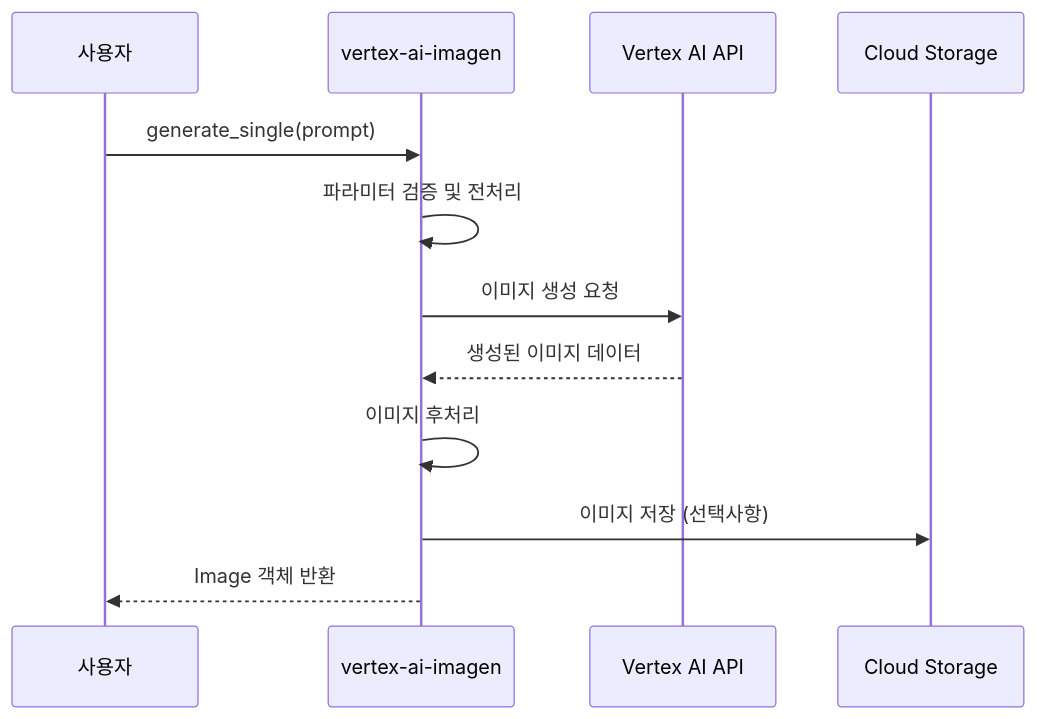
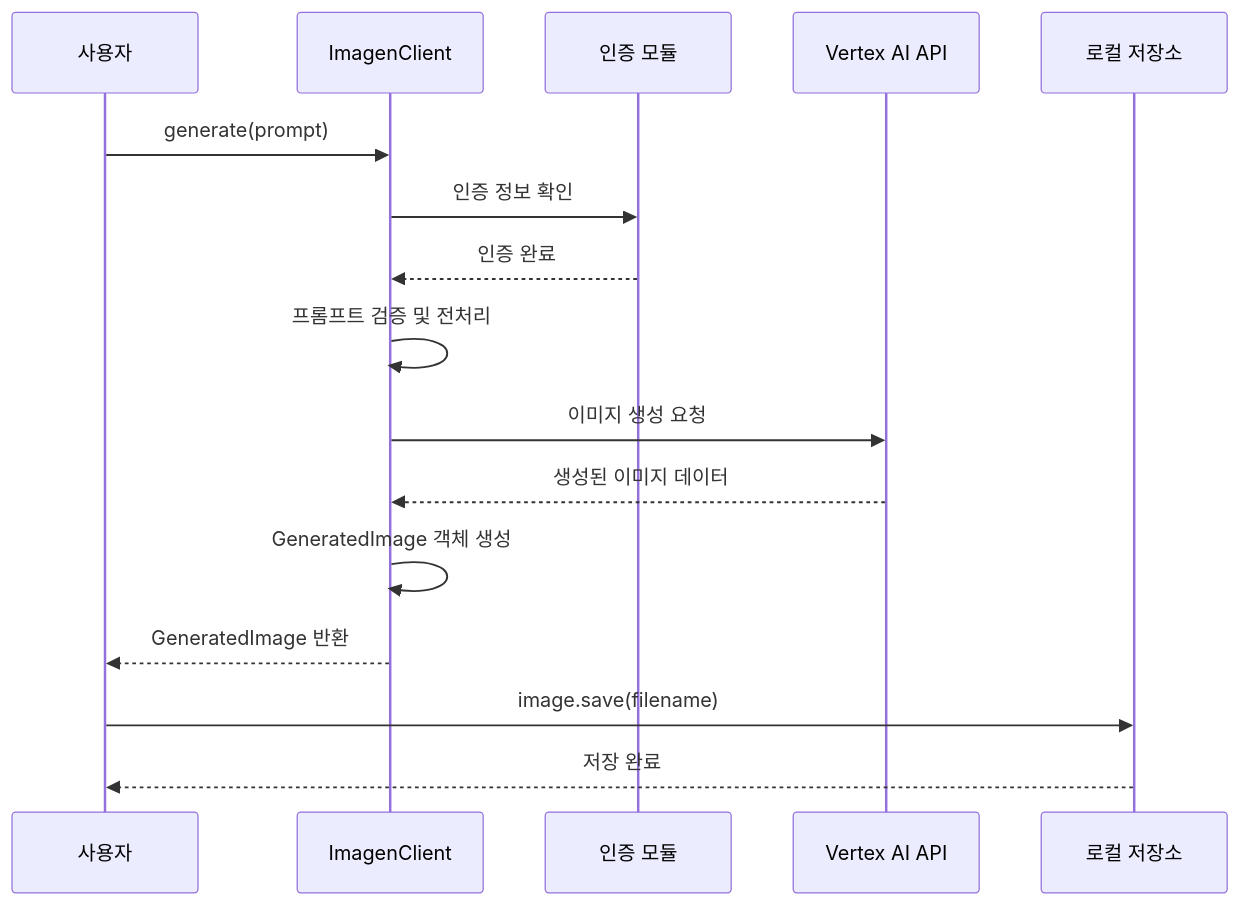
Before and after one commit to realcoding2003/realcoding.github.io: the third of 4 diagrams in _posts/2025-06-07-vertex-ai-imagen-python-package.md, drawn with Mermaid. The commit also changed other lines of this file, not shown here.

First line of the commit message:
Vertex AI Imagen 문서 업데이트 및 비동기 처리 추가

````diff
--- a/_posts/2025-06-07-vertex-ai-imagen-python-package.md
+++ b/_posts/2025-06-07-vertex-ai-imagen-python-package.md
@@ -325,15 +459,19 @@
 ```mermaid
 sequenceDiagram
     participant User as 사용자
-    participant Package as vertex-ai-imagen
+    participant Client as ImagenClient
+    participant Auth as 인증 모듈
     participant VertexAI as Vertex AI API
-    participant Storage as Cloud Storage
+    participant Storage as 로컬 저장소
     
-    User->>Package: generate_single(prompt)
-    Package->>Package: 파라미터 검증 및 전처리
-    Package->>VertexAI: 이미지 생성 요청
-    VertexAI-->>Package: 생성된 이미지 데이터
-    Package->>Package: 이미지 후처리
-    Package->>Storage: 이미지 저장 (선택사항)
-    Package-->>User: Image 객체 반환
+    User->>Client: generate(prompt)
+    Client->>Auth: 인증 정보 확인
+    Auth-->>Client: 인증 완료
+    Client->>Client: 프롬프트 검증 및 전처리
+    Client->>VertexAI: 이미지 생성 요청
+    VertexAI-->>Client: 생성된 이미지 데이터
+    Client->>Client: GeneratedImage 객체 생성
+    Client-->>User: GeneratedImage 반환
+    User->>Storage: image.save(filename)
+    Storage-->>User: 저장 완료
 ```
````
